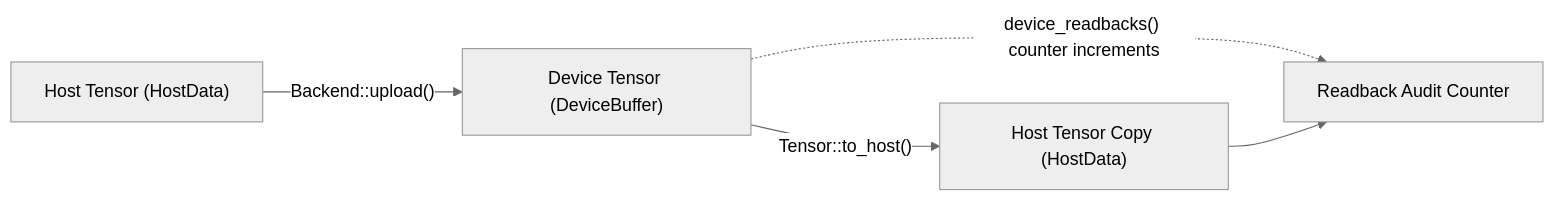
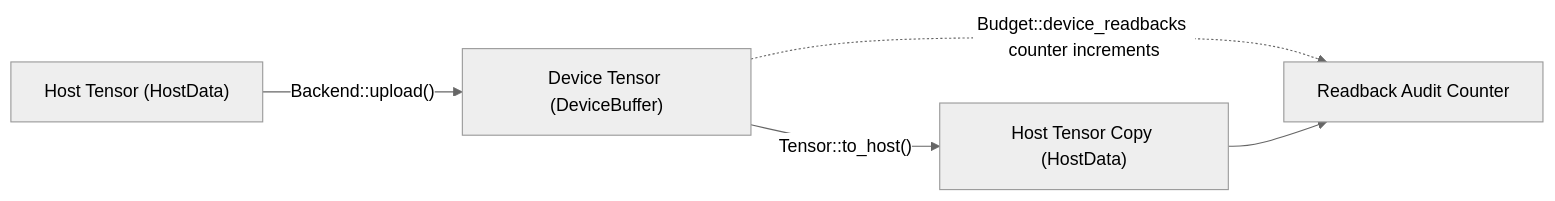
Before and after one commit to bharathvbcr/ojas: the fourth of 4 diagrams in ojas-core/README.md, drawn with Mermaid (neutral theme). The commit also changed 11 other files, not shown here.

First line of the commit message:
docs: readbacks are counted per budget tree; autograd runs G6 on Metal

````diff
--- a/ojas-core/README.md
+++ b/ojas-core/README.md
@@ -153,7 +153,7 @@
 ```mermaid
 flowchart LR
     HostMem["Host Tensor (HostData)"] -->|"Backend::upload()"| DeviceMem["Device Tensor (DeviceBuffer)"]
     DeviceMem -->|"Tensor::to_host()"| HostCopy["Host Tensor Copy (HostData)"]
-    DeviceMem -.->|"device_readbacks() counter increments"| Counter["Readback Audit Counter"]
+    DeviceMem -.->|"Budget::device_readbacks counter increments"| Counter["Readback Audit Counter"]
     HostCopy --> Counter
 ```
````
